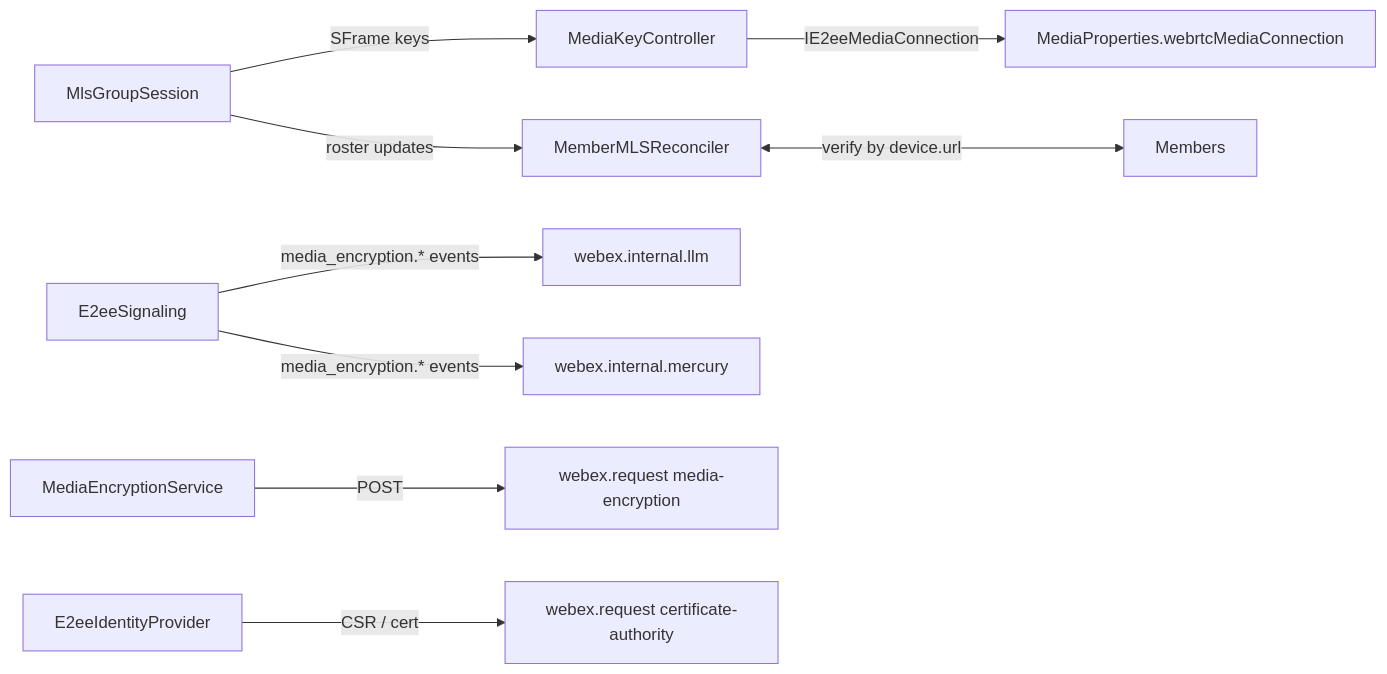
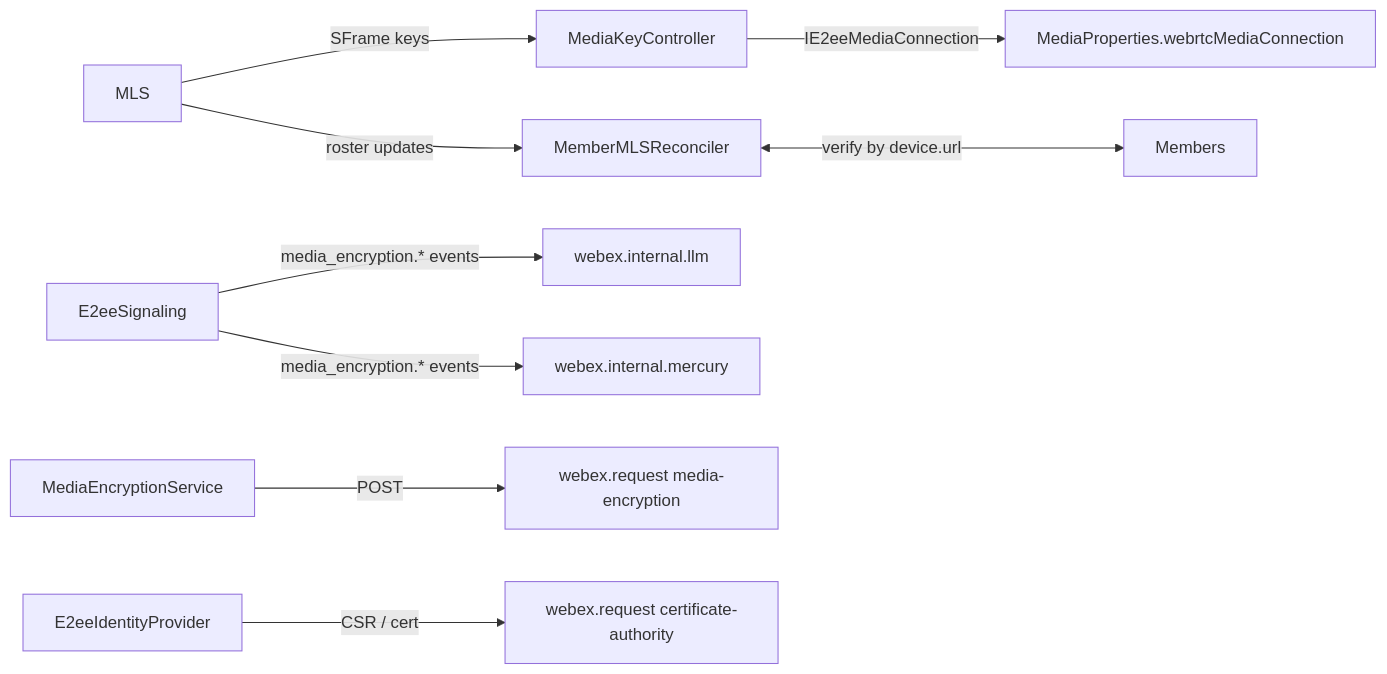
One commit to webex/webex-js-sdk changed the third of 3 diagrams in packages/@webex/plugin-meetings/src/e2ee/DESIGN.md. Above: the diagram before and after it, drawn with Mermaid. The commit also changed other lines of this file and 5 other files, not shown here.

Commit message:
refactor: name MLS session MLS

````diff
--- a/packages/@webex/plugin-meetings/src/e2ee/DESIGN.md
+++ b/packages/@webex/plugin-meetings/src/e2ee/DESIGN.md
@@ -139,12 +139,12 @@
 ```mermaid
 graph LR
-    MLS[MlsGroupSession] -->|SFrame keys| MediaCtl[MediaKeyController]
+    MLS[MLS] -->|SFrame keys| MediaCtl[MediaKeyController]
     MediaCtl -->|IE2eeMediaConnection| MediaProps[MediaProperties.webrtcMediaConnection]
     MLS -->|roster updates| Recon[MemberMLSReconciler]
     Recon <-->|verify by device.url| Members
 
     Sig[E2eeSignaling] -->|media_encryption.* events| LLM[webex.internal.llm]
     Sig -->|media_encryption.* events| Mercury[webex.internal.mercury]
     Svc[MediaEncryptionService] -->|POST| MES[webex.request media-encryption]
     Ident[E2eeIdentityProvider] -->|CSR / cert| CA[webex.request certificate-authority]
 ```
````
